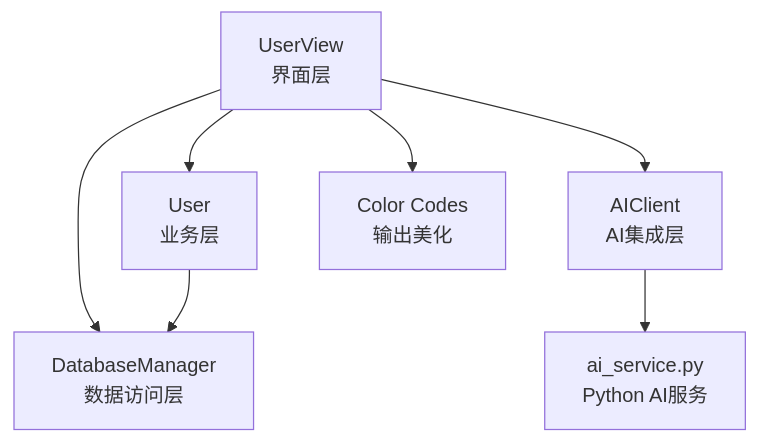
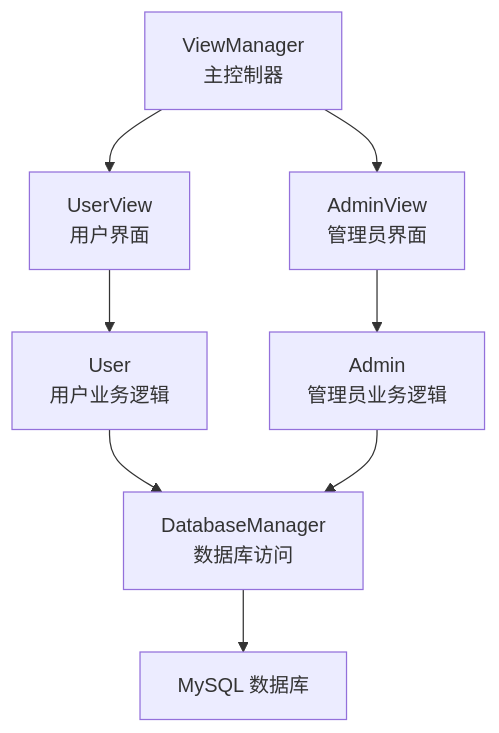
The first of 7 diagrams in .qoder/repowiki/zh/content/核心模块详解/用户模块.md (jinpeng900/OJ-Test), drawn with Mermaid before and after one commit. The commit also changed other lines of this file and 147 other files, not shown here.

````diff
--- a/.qoder/repowiki/zh/content/核心模块详解/用户模块.md
+++ b/.qoder/repowiki/zh/content/核心模块详解/用户模块.md
@@ -41,9 +45,10 @@
 ```mermaid
 graph TB
-UV["UserView<br/>界面层"] --> U["User<br/>业务层"]
-UV --> DM["DatabaseManager<br/>数据访问层"]
-UV --> AC["AIClient<br/>AI集成层"]
-U --> DM
-AC --> PY["ai_service.py<br/>Python AI服务"]
-UV --> CC["Color Codes<br/>输出美化"]
+VM["ViewManager<br/>主控制器"] --> UV["UserView<br/>用户界面"]
+VM --> AV["AdminView<br/>管理员界面"]
+UV --> U["User<br/>用户业务逻辑"]
+AV --> A["Admin<br/>管理员业务逻辑"]
+U --> DB["DatabaseManager<br/>数据库访问"]
+A --> DB
+DB --> SQL["MySQL 数据库"]
 ```
````
